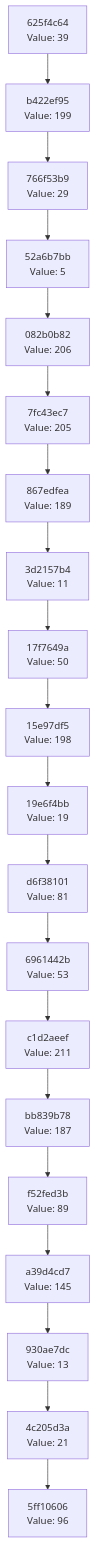
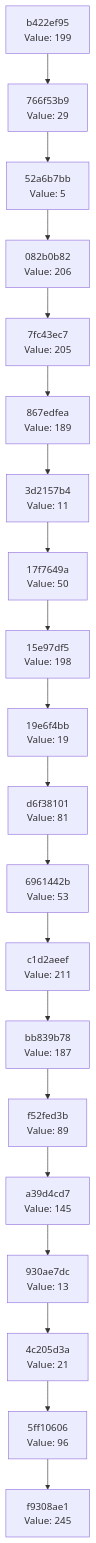
The diagram in docs/CHAIN_VISUALIZATION.md (Abhisheksinha1506/hash-chain-evolver), drawn with Mermaid before and after one commit. The commit also changed 3 other files, not shown here.

````diff
--- a/docs/CHAIN_VISUALIZATION.md
+++ b/docs/CHAIN_VISUALIZATION.md
@@ -3,42 +3,42 @@
 ```mermaid
 graph TD
-    C0["5ff10606<br/>Value: 96"]
-    C1["4c205d3a<br/>Value: 21"]
+    C0["f9308ae1<br/>Value: 245"]
+    C1["5ff10606<br/>Value: 96"]
     C1 --> C0
-    C2["930ae7dc<br/>Value: 13"]
+    C2["4c205d3a<br/>Value: 21"]
     C2 --> C1
-    C3["a39d4cd7<br/>Value: 145"]
+    C3["930ae7dc<br/>Value: 13"]
     C3 --> C2
-    C4["f52fed3b<br/>Value: 89"]
+    C4["a39d4cd7<br/>Value: 145"]
     C4 --> C3
-    C5["bb839b78<br/>Value: 187"]
+    C5["f52fed3b<br/>Value: 89"]
     C5 --> C4
-    C6["c1d2aeef<br/>Value: 211"]
+    C6["bb839b78<br/>Value: 187"]
     C6 --> C5
-    C7["6961442b<br/>Value: 53"]
+    C7["c1d2aeef<br/>Value: 211"]
     C7 --> C6
-    C8["d6f38101<br/>Value: 81"]
+    C8["6961442b<br/>Value: 53"]
     C8 --> C7
-    C9["19e6f4bb<br/>Value: 19"]
+    C9["d6f38101<br/>Value: 81"]
     C9 --> C8
-    C10["15e97df5<br/>Value: 198"]
+    C10["19e6f4bb<br/>Value: 19"]
     C10 --> C9
-    C11["17f7649a<br/>Value: 50"]
+    C11["15e97df5<br/>Value: 198"]
     C11 --> C10
-    C12["3d2157b4<br/>Value: 11"]
+    C12["17f7649a<br/>Value: 50"]
     C12 --> C11
-    C13["867edfea<br/>Value: 189"]
+    C13["3d2157b4<br/>Value: 11"]
     C13 --> C12
-    C14["7fc43ec7<br/>Value: 205"]
+    C14["867edfea<br/>Value: 189"]
     C14 --> C13
-    C15["082b0b82<br/>Value: 206"]
+    C15["7fc43ec7<br/>Value: 205"]
     C15 --> C14
-    C16["52a6b7bb<br/>Value: 5"]
+    C16["082b0b82<br/>Value: 206"]
     C16 --> C15
-    C17["766f53b9<br/>Value: 29"]
+    C17["52a6b7bb<br/>Value: 5"]
     C17 --> C16
-    C18["b422ef95<br/>Value: 199"]
+    C18["766f53b9<br/>Value: 29"]
     C18 --> C17
-    C19["625f4c64<br/>Value: 39"]
+    C19["b422ef95<br/>Value: 199"]
     C19 --> C18
 ```
````
